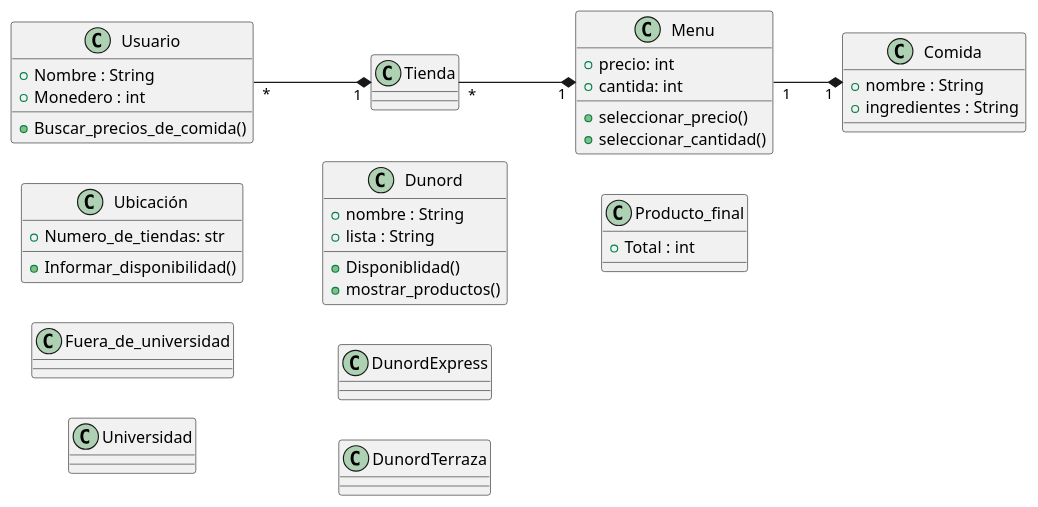
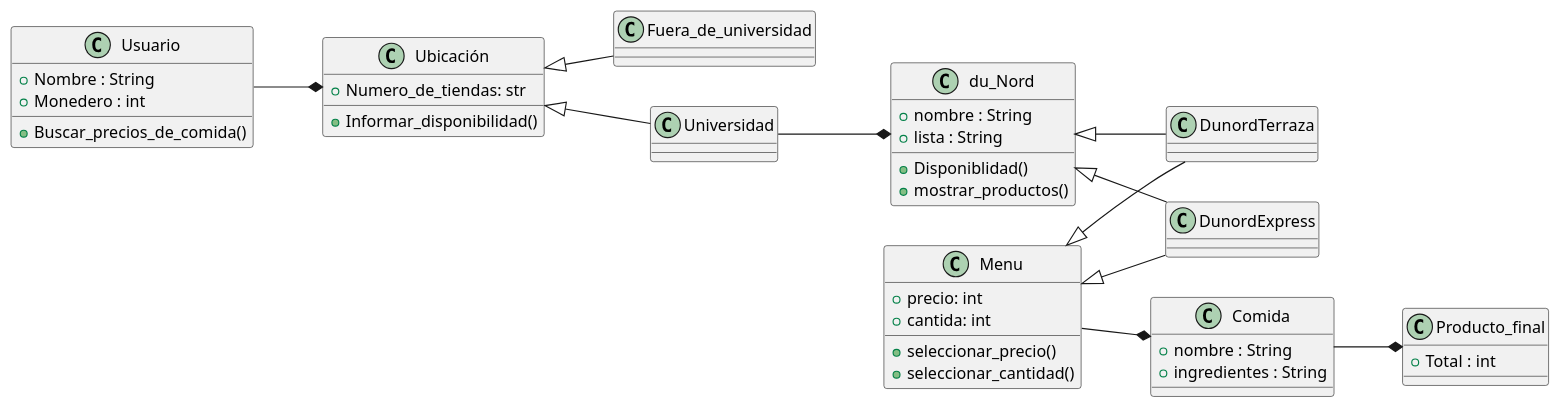
One commit to Lacuellar/Ufind- changed the diagram in uml_Ufind.puml. Above: the diagram before and after it, drawn with PlantUML.

```diff
--- a/uml_Ufind.puml
+++ b/uml_Ufind.puml
@@ -1,60 +1,69 @@
 @startuml
 left to right direction
+
 class Usuario {
   +Nombre : String
   +Monedero : int
   +Buscar_precios_de_comida()
 }
 
 Class Ubicación {
     +Numero_de_tiendas: str
     +Informar_disponibilidad()
 }
 
 class Fuera_de_universidad{
 
 
 }
 
 Class Universidad{
 
 }
 
 
-class Dunord {
+class du_Nord {
    +nombre : String
    +lista : String
    +Disponiblidad()
    +mostrar_productos()
 }
 
 Class DunordExpress{
 
 }
 
 Class DunordTerraza{
 
 }
 class Menu {
    
    +precio: int
    +cantida: int
    +seleccionar_precio()
    +seleccionar_cantidad()
 }
 
 class Comida {
    +nombre : String
    +ingredientes : String
 
 }
 
 Class Producto_final{
    +Total : int
 }
 
-Usuario "*" --*  "1" Tienda
-Tienda "*" --*  "1" Menu
-Menu "1" --* "1" Comida
+Usuario --* Ubicación
+Ubicación <|-- Universidad
+Ubicación <|-- Fuera_de_universidad
+Universidad --* du_Nord
+du_Nord <|-- DunordExpress
+du_Nord <|-- DunordTerraza
+Menu <|-- DunordExpress
+Menu <|-- DunordTerraza
+Menu --* Comida
+Comida --* Producto_final
+
 
 @enduml
```
